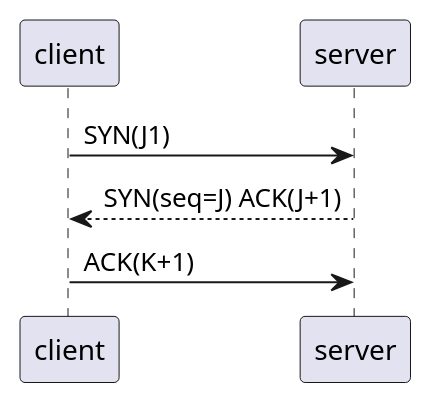
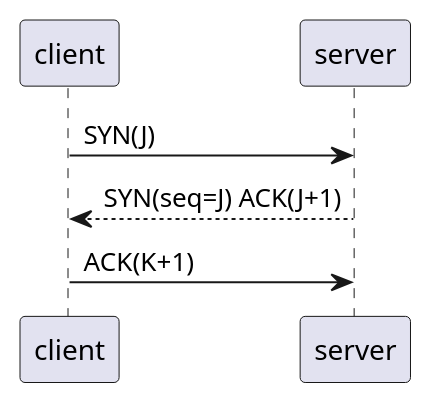
The diagram in 0-语法.puml (lollipopjin/PlantUML-Demo), drawn with PlantUML before and after one commit.

Commit message:
modify 0

```diff
--- a/0-语法.puml
+++ b/0-语法.puml
@@ -1,5 +1,5 @@
 @startuml TCP 三次握手
-client -> server: SYN(J1)
+client -> server: SYN(J)
 server --> client: SYN(seq=J) ACK(J+1)
 client -> server: ACK(K+1)
 @enduml
```
